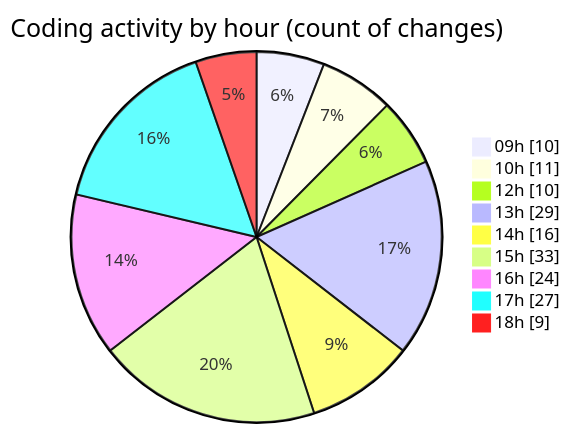
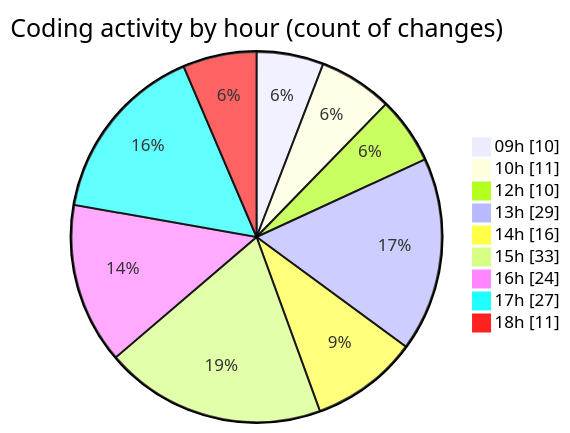
The second of 2 diagrams in 2025-09-12/cda/README.md (momahboobian/code-tracking), drawn with Mermaid before and after one commit. The commit also changed other lines of this file and 1 other file, not shown here.

````diff
--- a/2025-09-12/cda/README.md
+++ b/2025-09-12/cda/README.md
@@ -47,13 +48,13 @@
 ```mermaid
 pie showData
 title Coding activity by hour (count of changes)
 "09h" : 10
 "10h" : 11
 "12h" : 10
 "13h" : 29
 "14h" : 16
 "15h" : 33
 "16h" : 24
 "17h" : 27
-"18h" : 9
+"18h" : 11
 ```
````
